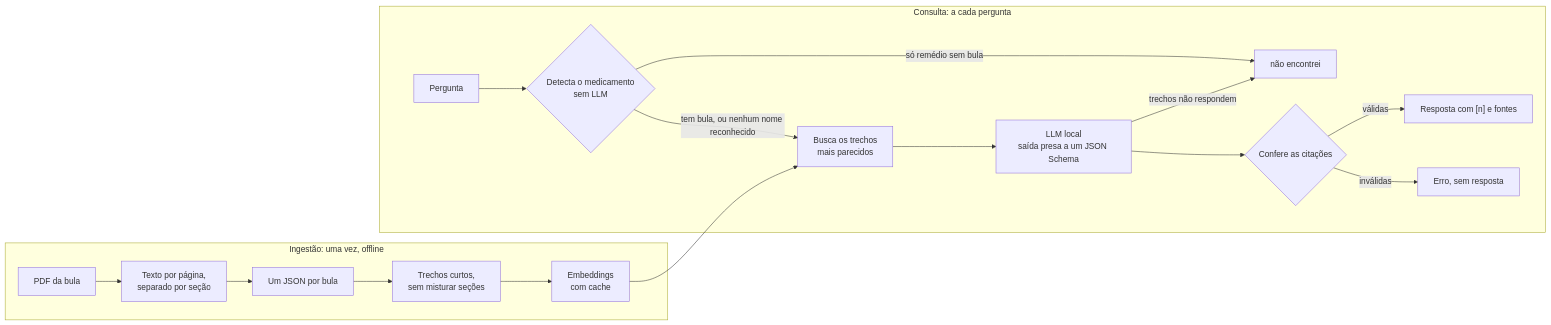
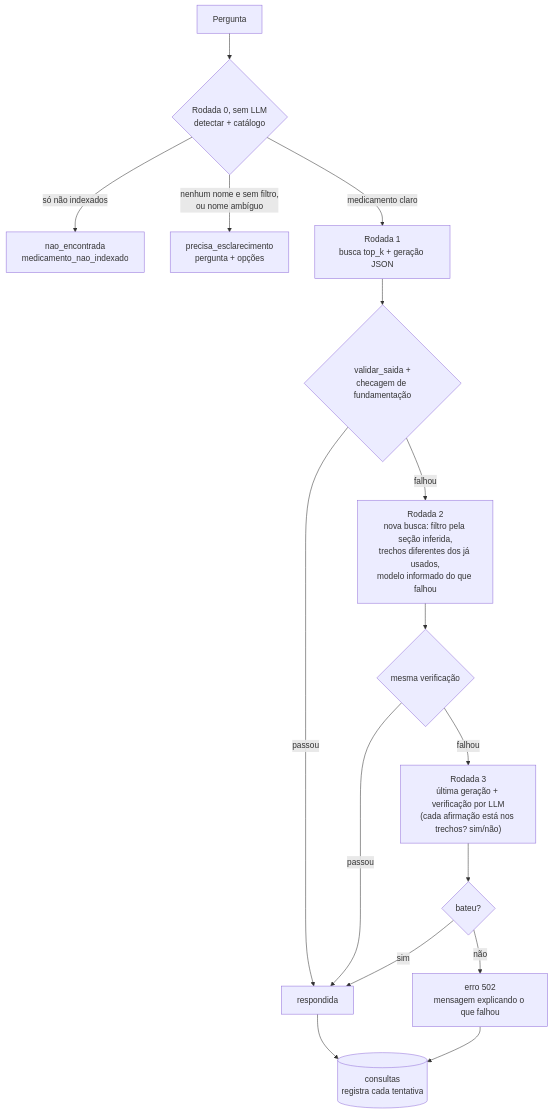
Before and after one commit to umdevaprendiz/farma-rag: the fifth of 7 diagrams in README.md, drawn with Mermaid. The commit also changed other lines of this file and 2 other files, not shown here.

````diff
--- a/README.md
+++ b/README.md
@@ -56,22 +284,22 @@
 ```mermaid
-flowchart LR
-  subgraph ING["Ingestão: uma vez, offline"]
-    A["PDF da bula"] --> B["Texto por página,<br/>separado por seção"]
-    B --> C["Um JSON por bula"]
-    C --> D["Trechos curtos,<br/>sem misturar seções"]
-    D --> E["Embeddings<br/>com cache"]
-  end
+flowchart TD
+  P["Pergunta"] --> R0{"Rodada 0, sem LLM<br/>detectar + catálogo"}
+  R0 -- "só não indexados" --> NI["nao_encontrada<br/>medicamento_nao_indexado"]
+  R0 -- "nenhum nome e sem filtro,<br/>ou nome ambíguo" --> ESC["precisa_esclarecimento<br/>pergunta + opções"]
+  R0 -- "medicamento claro" --> R1
 
-  subgraph CON["Consulta: a cada pergunta"]
-    P["Pergunta"] --> G{"Detecta o medicamento<br/>sem LLM"}
-    G -- "só remédio sem bula" --> N["não encontrei"]
-    G -- "tem bula, ou nenhum nome reconhecido" --> H["Busca os trechos<br/>mais parecidos"]
-    H --> I["LLM local<br/>saída presa a um JSON Schema"]
-    I -- "trechos não respondem" --> N
-    I --> J{"Confere as citações"}
-    J -- "válidas" --> R["Resposta com [n] e fontes"]
-    J -- "inválidas" --> X["Erro, sem resposta"]
-  end
+  R1["Rodada 1<br/>busca top_k + geração JSON"] --> V1{"validar_saida +<br/>checagem de fundamentação"}
+  V1 -- "passou" --> OK["respondida"]
+  V1 -- "falhou" --> R2
 
-  E --> H
+  R2["Rodada 2<br/>nova busca: filtro pela seção inferida,<br/>trechos diferentes dos já usados,<br/>modelo informado do que falhou"] --> V2{"mesma verificação"}
+  V2 -- "passou" --> OK
+  V2 -- "falhou" --> R3
+
+  R3["Rodada 3<br/>última geração + verificação por LLM<br/>(cada afirmação está nos trechos? sim/não)"] --> V3{"bateu?"}
+  V3 -- "sim" --> OK
+  V3 -- "não" --> E502["erro 502<br/>mensagem explicando o que falhou"]
+
+  OK --> H[("consultas<br/>registra cada tentativa")]
+  E502 --> H
 ```
````
